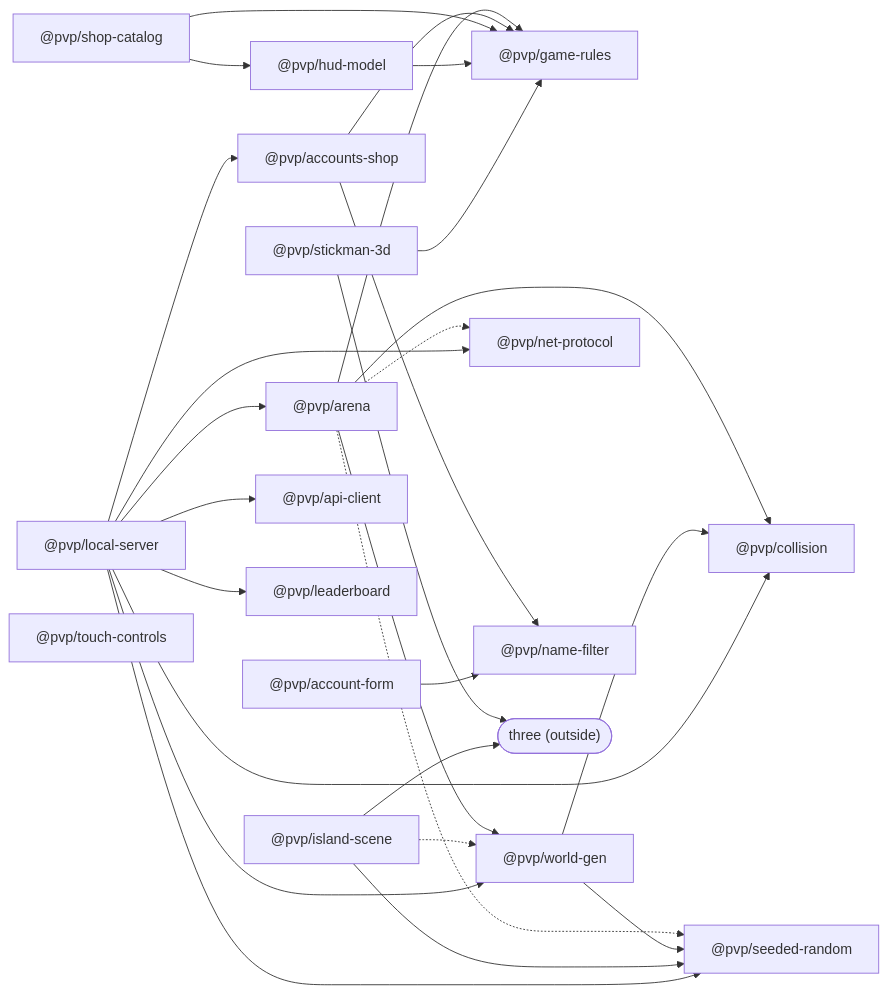
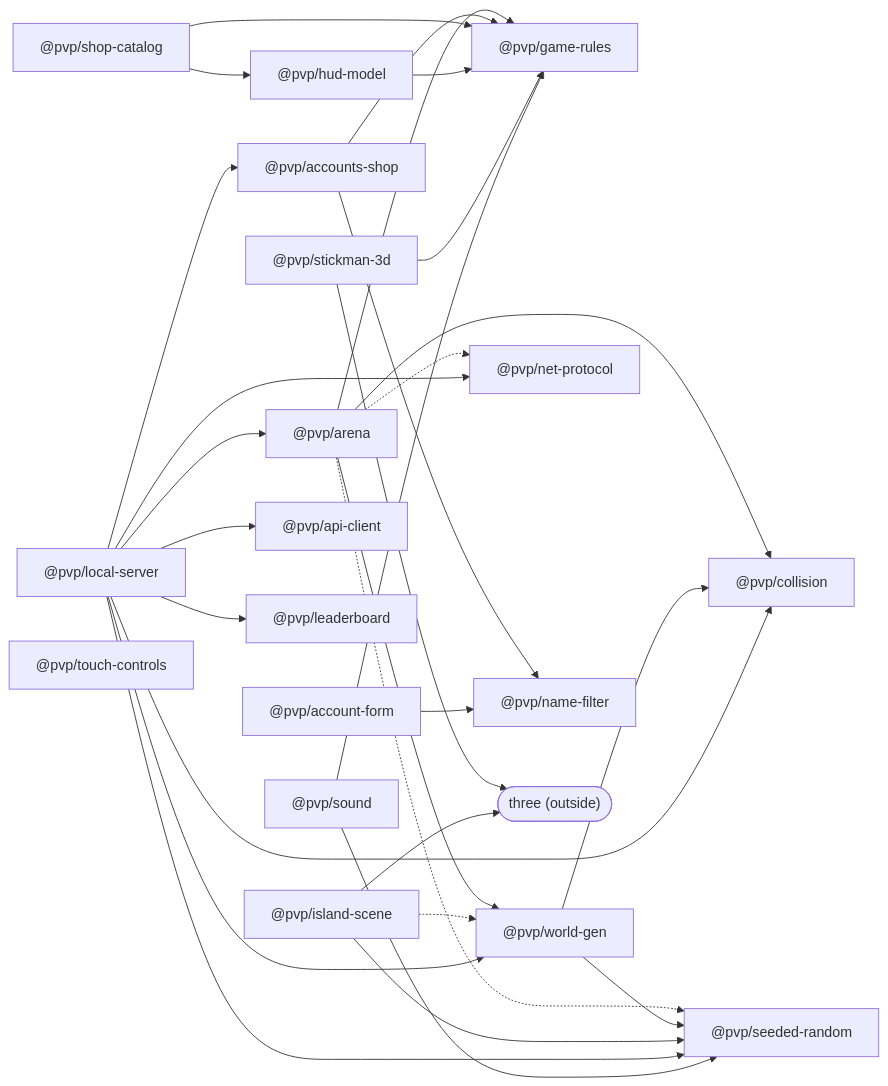
One commit to henriquemedeiros23-dev/pvp changed the diagram in CATALOG.md. Above: the diagram before and after it, drawn with Mermaid. The commit also changed other lines of this file and 23 other files, not shown here.

First line of the commit message:
Sounds (#55): new @pvp/sound package, game glue, mute button and volume slider

````diff
--- a/CATALOG.md
+++ b/CATALOG.md
@@ -15,31 +15,33 @@
 ```mermaid
 graph LR
   arena["@pvp/arena"] --> collision["@pvp/collision"]
   arena --> rules["@pvp/game-rules"]
   arena --> worldgen["@pvp/world-gen"]
   arena -.-> random["@pvp/seeded-random"]
   arena -.-> protocol["@pvp/net-protocol"]
   worldgen --> collision
   worldgen --> random
   accounts["@pvp/accounts-shop"] --> rules
   accounts --> names["@pvp/name-filter"]
   accountform["@pvp/account-form"] --> names
   shop["@pvp/shop-catalog"] --> rules
   shop --> hud
   hud["@pvp/hud-model"] --> rules
   stickman["@pvp/stickman-3d"] --> rules
   stickman --> three(["three (outside)"])
   scene["@pvp/island-scene"] --> random
   scene --> three
   scene -.-> worldgen
   api["@pvp/api-client"]
   local["@pvp/local-server"] --> arena
   local --> accounts
   local --> api
   local --> protocol
   local --> worldgen
   local --> random
   local --> collision
   local --> leaderboard["@pvp/leaderboard"]
   controls["@pvp/touch-controls"]
+  sound["@pvp/sound"] --> random
+  sound --> rules
 ```
````
